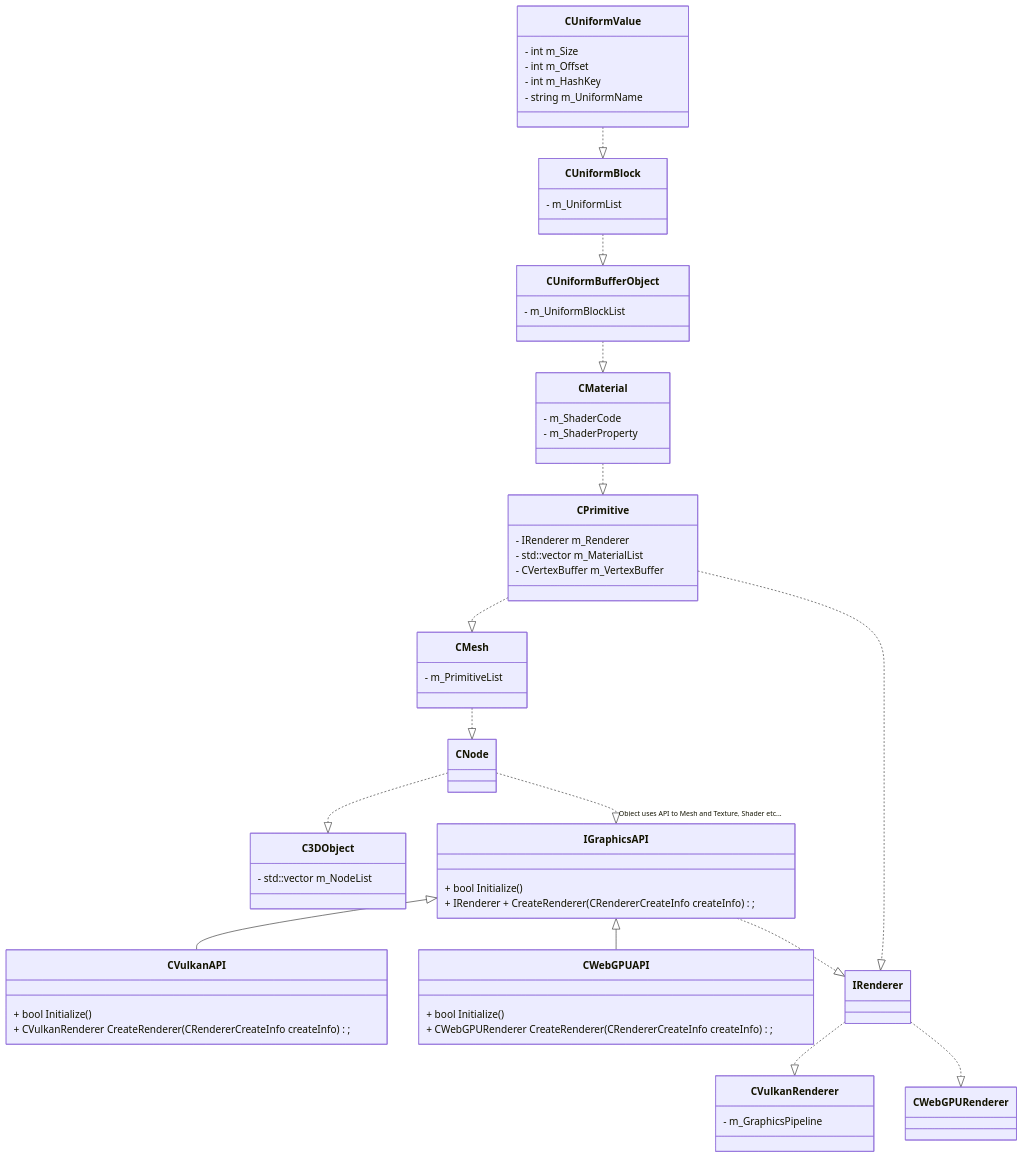
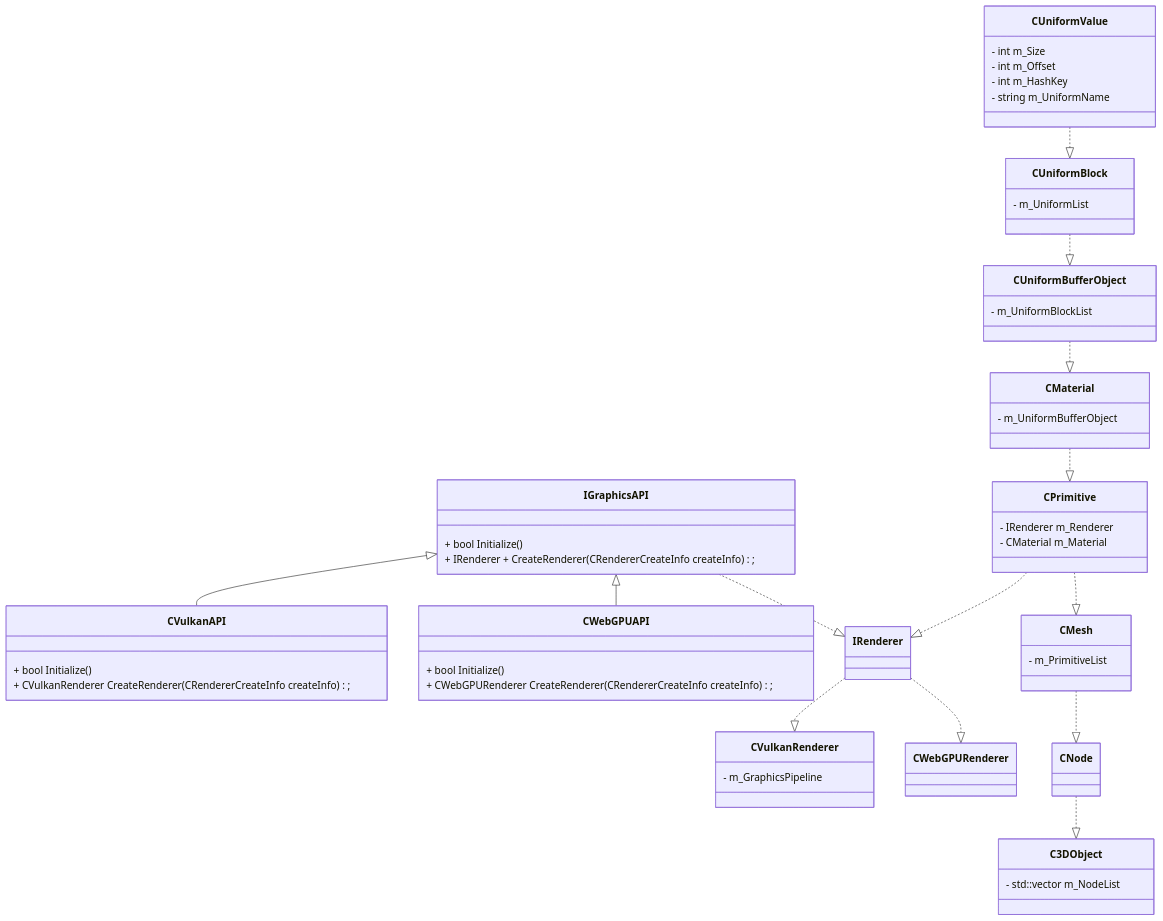
The diagram in Garnet/UML/GraphicsStructure.md (HaruoOgawa/Garnet), drawn with Mermaid before and after one commit.

````diff
--- a/Garnet/UML/GraphicsStructure.md
+++ b/Garnet/UML/GraphicsStructure.md
@@ -1,62 +1,9 @@
 ```mermaid
 classDiagram
-  class C3DObject{
-    - std::vector<CNode> m_NodeList
-  }
-
-  class CNode{
-  }
- 
-  CNode ..|> C3DObject
- 
-  class CMesh{
-    - m_PrimitiveList
-  }
-  
-  CMesh ..|> CNode
-  
-  class CPrimitive{
-    - IRenderer m_Renderer
-    - std::vector<CMaterial> m_MaterialList
-    - CVertexBuffer m_VertexBuffer
-  }
-
-  CPrimitive ..|> CMesh
-  
-  class CMaterial{
-    - m_ShaderCode
-    - m_ShaderProperty
-  }
-
-  CMaterial ..|> CPrimitive
-  
-  class CUniformBufferObject{
-    - m_UniformBlockList
-  }
-  
-  CUniformBufferObject ..|> CMaterial
-  
-  class CUniformBlock{
-    - m_UniformList
-  }
-  
-  CUniformBlock ..|> CUniformBufferObject
-  
-  class CUniformValue{
-    - int m_Size
-    - int m_Offset
-    - int m_HashKey
-    - string m_UniformName
-  }
-  
-  CUniformValue ..|> CUniformBlock
-  
   class IGraphicsAPI{
     + bool Initialize()
     + IRenderer + CreateRenderer(CRendererCreateInfo createInfo);
   }
-  
-  CNode ..|> "Object uses API to Mesh and Texture, Shader etc..." IGraphicsAPI
 
   class CVulkanAPI{
     + bool Initialize()
@@ -91,4 +38,53 @@
   
   IRenderer ..|> CWebGPURenderer
 
+  class C3DObject{
+    - std::vector<CNode> m_NodeList
+  }
+
+  class CNode{
+  }
+ 
+  CNode ..|> C3DObject
+ 
+  class CMesh{
+    - m_PrimitiveList
+  }
+  
+  CMesh ..|> CNode
+  
+  class CPrimitive{
+    - IRenderer m_Renderer
+    - CMaterial m_Material
+  }
+
+  CPrimitive ..|> CMesh
+  
+  class CMaterial{
+    - m_UniformBufferObject
+  }
+
+  CMaterial ..|> CPrimitive
+  
+  class CUniformBufferObject{
+    - m_UniformBlockList
+  }
+  
+  CUniformBufferObject ..|> CMaterial
+  
+  class CUniformBlock{
+    - m_UniformList
+  }
+  
+  CUniformBlock ..|> CUniformBufferObject
+  
+  class CUniformValue{
+    - int m_Size
+    - int m_Offset
+    - int m_HashKey
+    - string m_UniformName
+  }
+  
+  CUniformValue ..|> CUniformBlock
+
 ```
````
